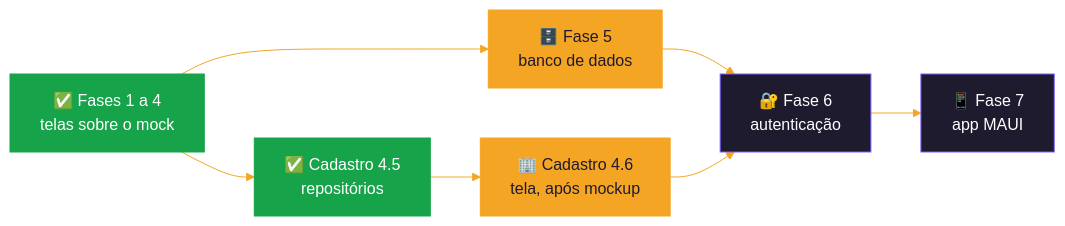
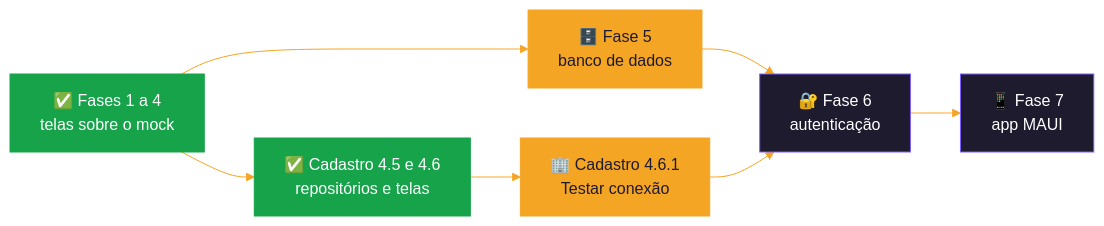
Before and after one commit to cayo-kume/extract-transform-load-integrations-system: the sixth of 6 diagrams in src/Frontend/WebApp/README.md, drawn with Mermaid. The commit also changed other lines of this file and 121 other files, not shown here.

````diff
--- a/src/Frontend/WebApp/README.md
+++ b/src/Frontend/WebApp/README.md
@@ -555,15 +579,15 @@
 ```mermaid
 %%{init: {'theme':'base','themeVariables':{'primaryColor':'#1e1b2e','primaryTextColor':'#ffffff','primaryBorderColor':'#7c5cff','lineColor':'#f5a524','textColor':'#1e1b2e','clusterBkg':'#f5f3ff','clusterBorder':'#7c5cff','titleColor':'#1e1b2e','edgeLabelBackground':'#1e1b2e'}}}%%
 flowchart LR
-    F14["✅ Fases 1 a 4<br/>telas sobre o mock"] --> C45["✅ Cadastro 4.5<br/>repositórios"]
-    C45 --> C46["🏢 Cadastro 4.6<br/>tela, após mockup"]
+    F14["✅ Fases 1 a 4<br/>telas sobre o mock"] --> C45["✅ Cadastro 4.5 e 4.6<br/>repositórios e telas"]
+    C45 --> C46["🏢 Cadastro 4.6.1<br/>Testar conexão"]
     F14 --> F5["🗄️ Fase 5<br/>banco de dados"]
     F5 --> F6["🔐 Fase 6<br/>autenticação"]
     C46 --> F6
     F6 --> F7["📱 Fase 7<br/>app MAUI"]
 
     classDef ok fill:#16a34a,stroke:#16a34a,color:#ffffff
     classDef warm fill:#f5a524,stroke:#f5a524,color:#1e1b2e
     class F14,C45 ok
     class C46,F5 warm
 ```
````
